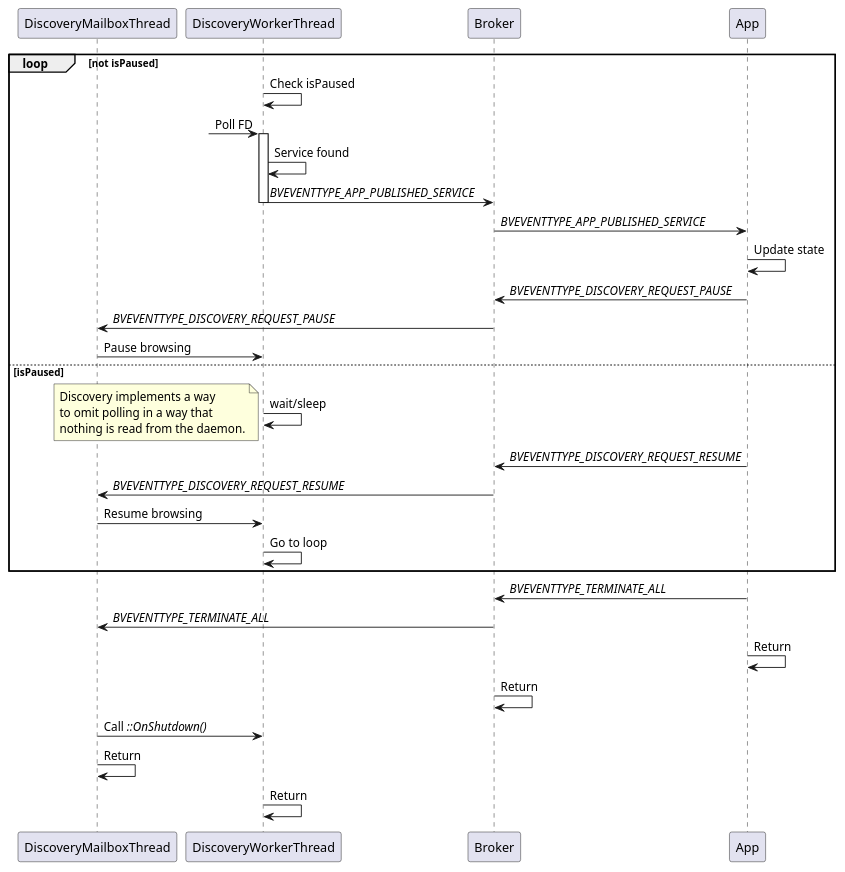
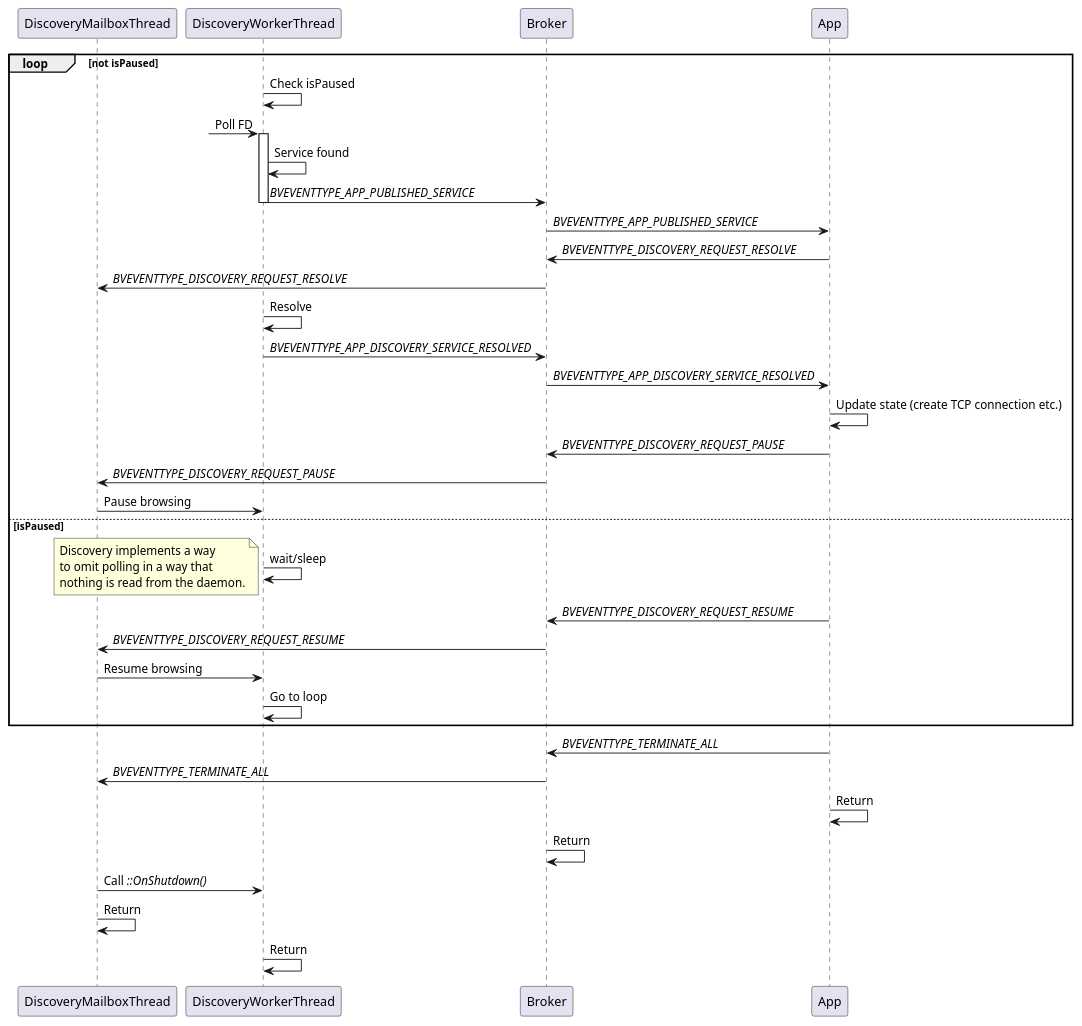
Before and after one commit to IntegratedSalad/LocalChat: the diagram in docs/discovery_diagram.wsd, drawn with PlantUML. The commit also changed 5 other files, not shown here.

```diff
--- a/docs/discovery_diagram.wsd
+++ b/docs/discovery_diagram.wsd
@@ -1,43 +1,48 @@
 @startuml Discovery State Diagram
 
 participant DiscoveryMailboxThread    as DiscoveryMbx
 participant DiscoveryWorkerThread     as DiscoveryWT
 participant Broker                    as Broker
 participant App                       as App
 
 loop not isPaused
     DiscoveryWT -> DiscoveryWT : Check isPaused
 
     ?-> DiscoveryWT: Poll FD
     activate DiscoveryWT
         DiscoveryWT -> DiscoveryWT  : Service found
         DiscoveryWT -> Broker       : //BVEVENTTYPE_APP_PUBLISHED_SERVICE//
 
     deactivate DiscoveryWT
     Broker -> App                   : //BVEVENTTYPE_APP_PUBLISHED_SERVICE//
-    App -> App                      : Update state
-    App -> Broker               : //BVEVENTTYPE_DISCOVERY_REQUEST_PAUSE//
-    Broker -> DiscoveryMbx      : //BVEVENTTYPE_DISCOVERY_REQUEST_PAUSE//
-    DiscoveryMbx -> DiscoveryWT : Pause browsing
+    App -> Broker                   : //BVEVENTTYPE_DISCOVERY_REQUEST_RESOLVE//
+    Broker -> DiscoveryMbx          : //BVEVENTTYPE_DISCOVERY_REQUEST_RESOLVE//
+    DiscoveryWT -> DiscoveryWT : Resolve
+    DiscoveryWT -> Broker           : //BVEVENTTYPE_APP_DISCOVERY_SERVICE_RESOLVED//
+    Broker -> App                   : //BVEVENTTYPE_APP_DISCOVERY_SERVICE_RESOLVED//
+    App -> App                      : Update state (create TCP connection etc.)
+    App -> Broker                   : //BVEVENTTYPE_DISCOVERY_REQUEST_PAUSE//
+    Broker -> DiscoveryMbx          : //BVEVENTTYPE_DISCOVERY_REQUEST_PAUSE//
+    DiscoveryMbx -> DiscoveryWT     : Pause browsing
 
 else isPaused
     DiscoveryWT -> DiscoveryWT : wait/sleep
     note left
     Discovery implements a way
     to omit polling in a way that
     nothing is read from the daemon.
     end note
     App -> Broker               : //BVEVENTTYPE_DISCOVERY_REQUEST_RESUME//
     Broker -> DiscoveryMbx      : //BVEVENTTYPE_DISCOVERY_REQUEST_RESUME//
     DiscoveryMbx -> DiscoveryWT : Resume browsing 
     DiscoveryWT -> DiscoveryWT  : Go to loop
 end
 
 App -> Broker                : //BVEVENTTYPE_TERMINATE_ALL//
 Broker -> DiscoveryMbx       : //BVEVENTTYPE_TERMINATE_ALL//
 App -> App                   : Return
 Broker -> Broker             : Return
 DiscoveryMbx -> DiscoveryWT  : Call //::OnShutdown()// 
 DiscoveryMbx -> DiscoveryMbx : Return
 DiscoveryWT -> DiscoveryWT   : Return
 @enduml
```
